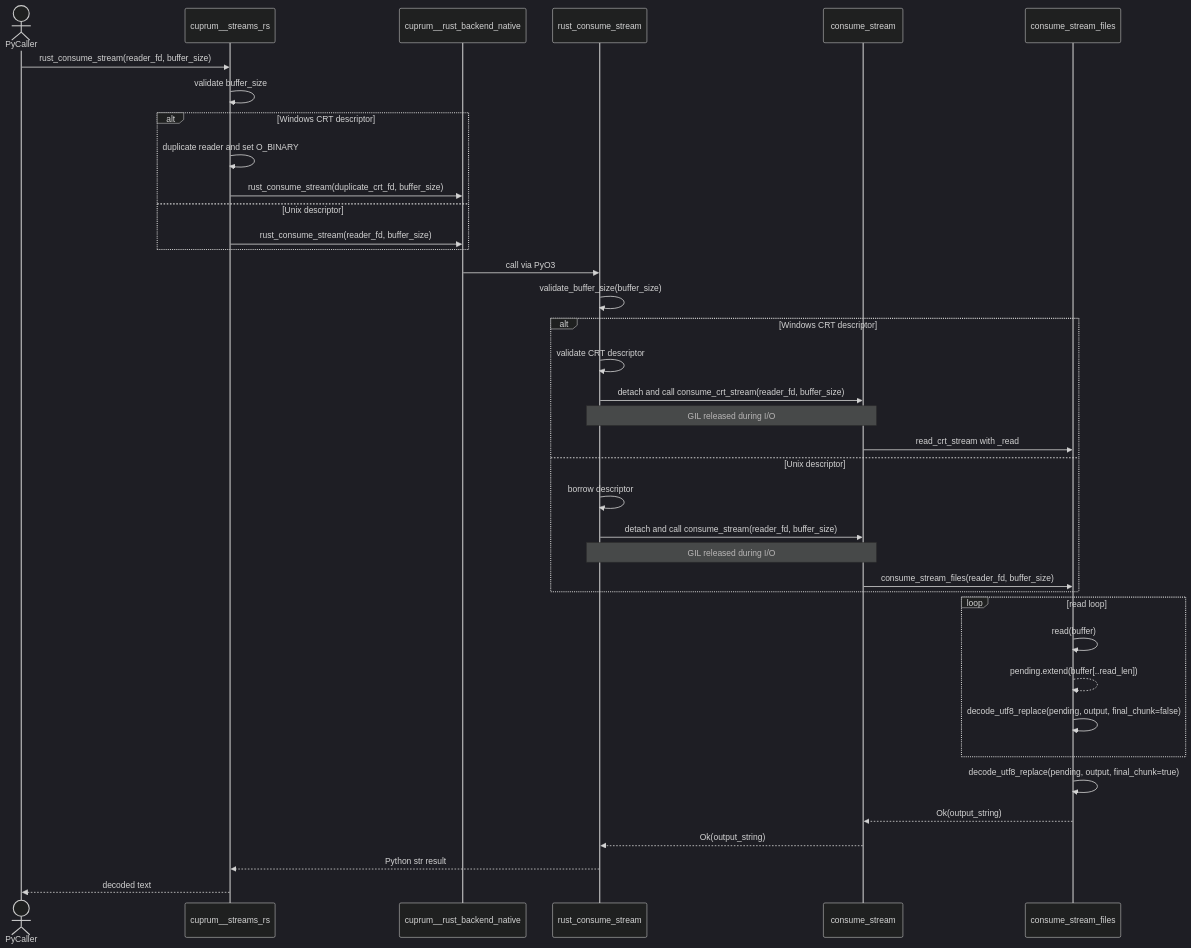
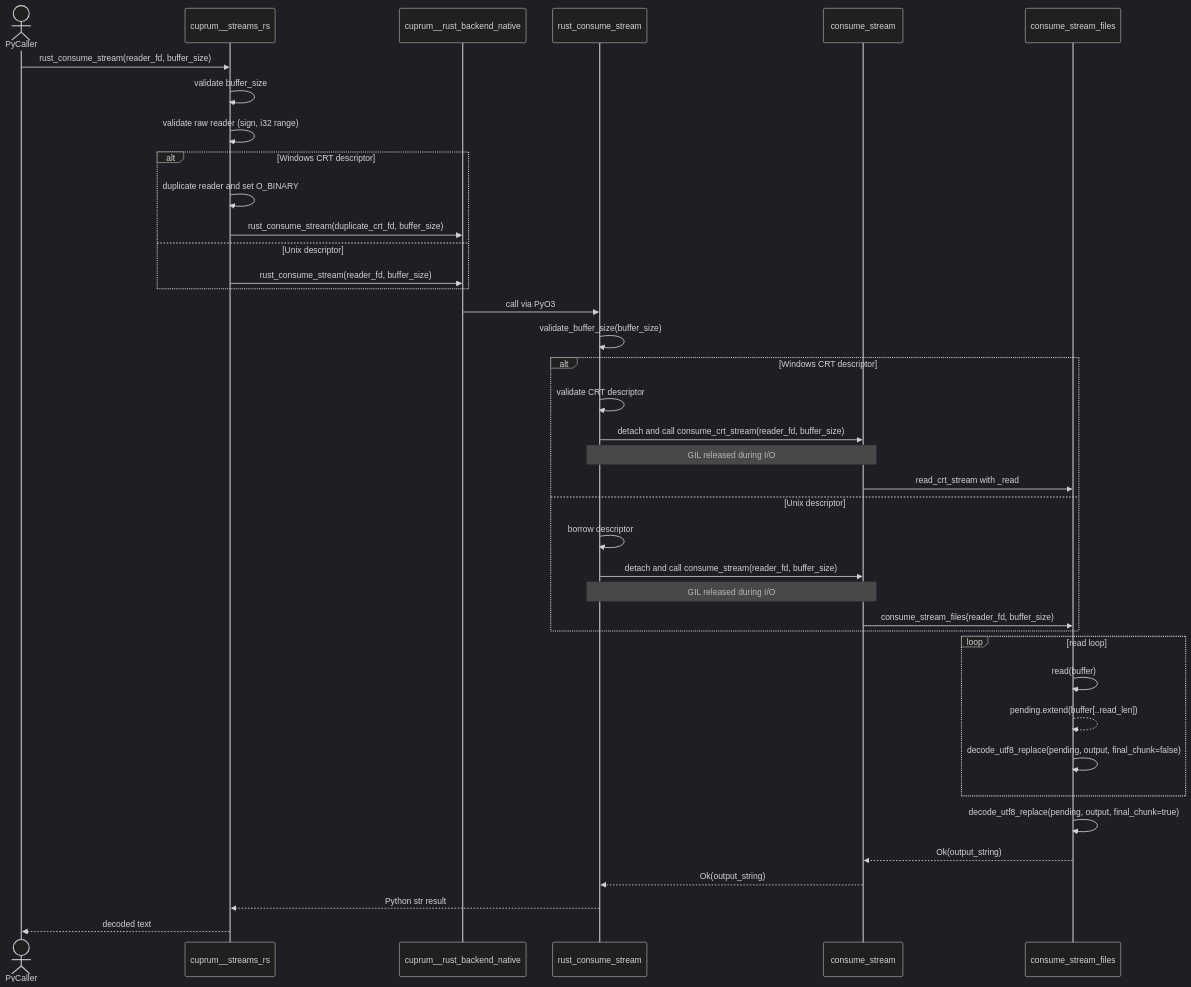
Diagram 22 of 26 in docs/cuprum-design.md (leynos/cuprum), drawn with Mermaid (dark theme) before and after one commit. The commit also changed other lines of this file and 26 other files, not shown here.

````diff
--- a/docs/cuprum-design.md
+++ b/docs/cuprum-design.md
@@ -4155,44 +4239,45 @@
 ```mermaid
 sequenceDiagram
     actor PyCaller
     participant PyShim as cuprum__streams_rs
     participant PyRust as cuprum__rust_backend_native
     participant RustFn as rust_consume_stream
     participant Impl as consume_stream
     participant ImplFiles as consume_stream_files
 
     PyCaller->>PyShim: rust_consume_stream(reader_fd, buffer_size)
     PyShim->>PyShim: validate buffer_size
+    PyShim->>PyShim: validate raw reader (sign, i32 range)
     alt Windows CRT descriptor
         PyShim->>PyShim: duplicate reader and set O_BINARY
         PyShim->>PyRust: rust_consume_stream(duplicate_crt_fd, buffer_size)
     else Unix descriptor
         PyShim->>PyRust: rust_consume_stream(reader_fd, buffer_size)
     end
 
     PyRust->>RustFn: call via PyO3
     RustFn->>RustFn: validate_buffer_size(buffer_size)
     alt Windows CRT descriptor
         RustFn->>RustFn: validate CRT descriptor
         RustFn->>Impl: detach and call consume_crt_stream(reader_fd, buffer_size)
         Note over RustFn,Impl: GIL released during I/O
         Impl->>ImplFiles: read_crt_stream with _read
     else Unix descriptor
         RustFn->>RustFn: borrow descriptor
         RustFn->>Impl: detach and call consume_stream(reader_fd, buffer_size)
         Note over RustFn,Impl: GIL released during I/O
         Impl->>ImplFiles: consume_stream_files(reader_fd, buffer_size)
     end
 
     loop read loop
         ImplFiles->>ImplFiles: read(buffer)
         ImplFiles-->>ImplFiles: pending.extend(buffer[..read_len])
         ImplFiles->>ImplFiles: decode_utf8_replace(pending, output, final_chunk=false)
     end
 
     ImplFiles->>ImplFiles: decode_utf8_replace(pending, output, final_chunk=true)
     ImplFiles-->>Impl: Ok(output_string)
     Impl-->>RustFn: Ok(output_string)
     RustFn-->>PyShim: Python str result
     PyShim-->>PyCaller: decoded text
 ```
````
